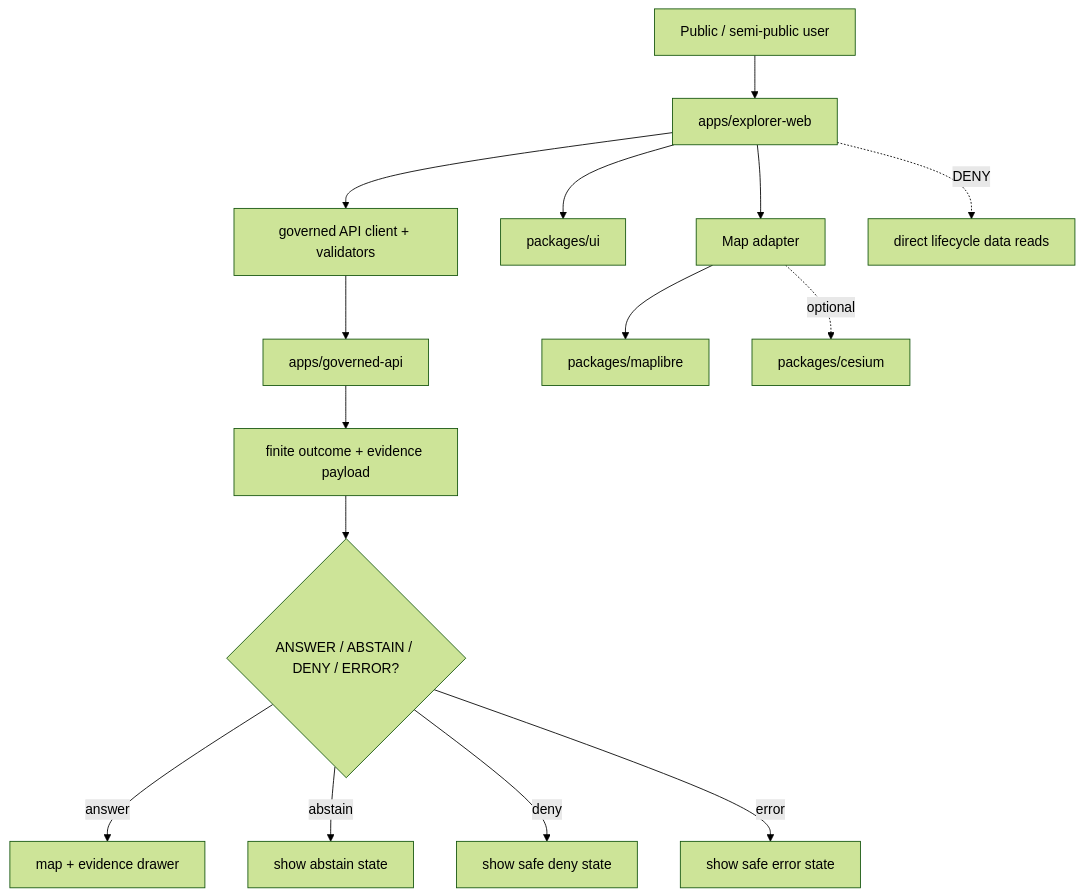
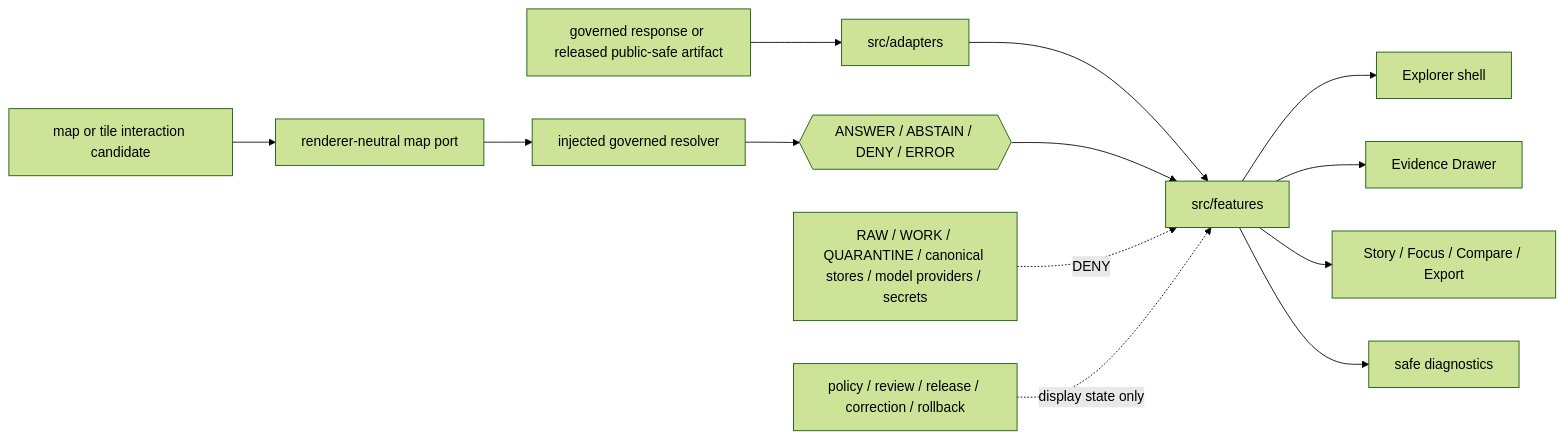
Before and after one commit to bartytime4life/Kansas-Frontier-Matrix: the diagram in apps/explorer-web/README.md, drawn with Mermaid (forest theme). The commit also changed other lines of this file, not shown here.

Commit message:
docs(explorer-web): reconcile README with bounded implementation

````diff
--- a/apps/explorer-web/README.md
+++ b/apps/explorer-web/README.md
@@ -237,17 +326,17 @@
 ```mermaid
-flowchart TD
-    user["Public / semi-public user"] --> shell["apps/explorer-web"]
-    shell --> client["governed API client + validators"]
-    client --> api["apps/governed-api"]
-    shell --> ui["packages/ui"]
-    shell --> map["Map adapter"]
-    map --> ml["packages/maplibre"]
-    map -. optional .-> cz["packages/cesium"]
-    api --> envelope["finite outcome + evidence payload"]
-    envelope --> render{"ANSWER / ABSTAIN / DENY / ERROR?"}
-    render -->|answer| drawer["map + evidence drawer"]
-    render -->|abstain| abstain["show abstain state"]
-    render -->|deny| deny["show safe deny state"]
-    render -->|error| error["show safe error state"]
-    shell -. DENY .-> data["direct lifecycle data reads"]
+flowchart LR
+    released["governed response or released public-safe artifact"] --> adapters["src/adapters"]
+    adapters --> features["src/features"]
+    features --> shell["Explorer shell"]
+    features --> drawer["Evidence Drawer"]
+    features --> story["Story / Focus / Compare / Export"]
+    features --> diagnostics["safe diagnostics"]
+
+    mapEvent["map or tile interaction candidate"] --> mapPort["renderer-neutral map port"]
+    mapPort --> resolver["injected governed resolver"]
+    resolver --> outcome{{"ANSWER / ABSTAIN / DENY / ERROR"}}
+    outcome --> features
+
+    internal["RAW / WORK / QUARANTINE / canonical stores / model providers / secrets"] -. "DENY" .-> features
+    authority["policy / review / release / correction / rollback"] -. "display state only" .-> features
 ```
````
